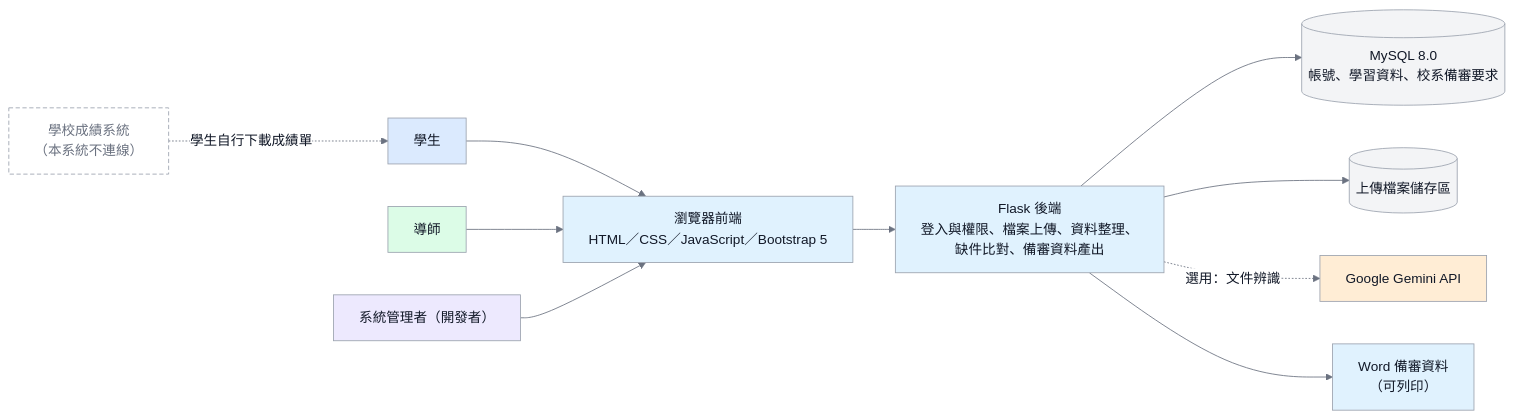
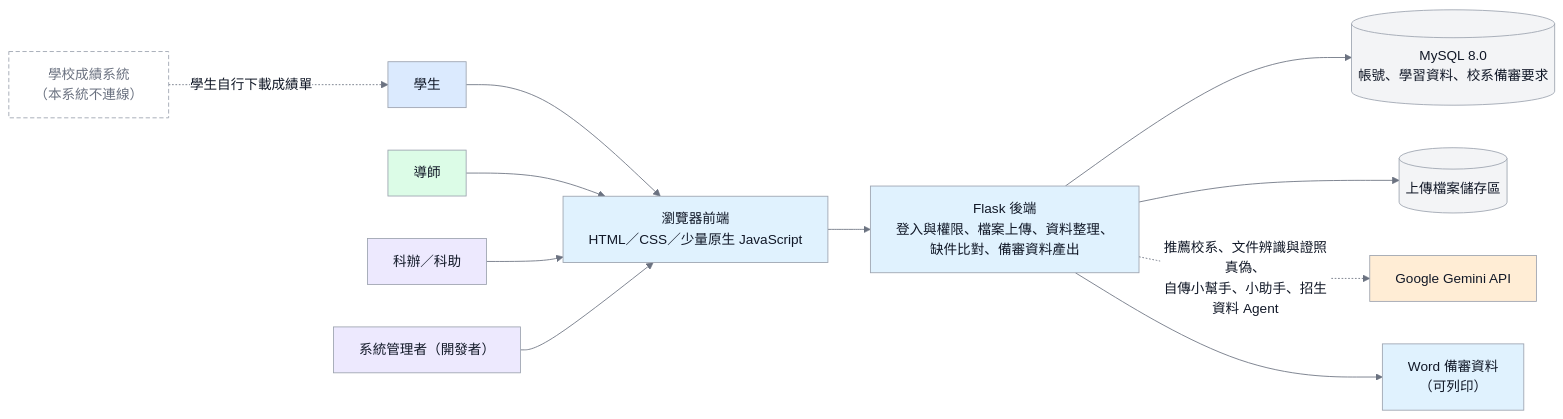
Before and after one commit to vujhdcusa/1028: the diagram in docs/images/D-05-system-architecture.mmd, drawn with Mermaid. The commit also changed 41 other files, not shown here.

First line of the commit message:
docs: update diagrams and spec for department office records and AI feedback

```diff
--- a/docs/images/D-05-system-architecture.mmd
+++ b/docs/images/D-05-system-architecture.mmd
@@ -1,26 +1,28 @@
 %%{init: {'theme':'base','themeVariables': {'fontFamily':'Microsoft JhengHei, Noto Sans TC, Arial, sans-serif','primaryColor':'#F3F4F6','primaryTextColor':'#111827','primaryBorderColor':'#9CA3AF','lineColor':'#6B7280','edgeLabelBackground':'#FFFFFF'},'flowchart':{'wrappingWidth':400}}}%%
 flowchart LR
     classDef student fill:#DBEAFE,stroke:#9CA3AF,color:#111827,stroke-width:1px;
     classDef teacher fill:#DCFCE7,stroke:#9CA3AF,color:#111827,stroke-width:1px;
     classDef admin fill:#EDE9FE,stroke:#9CA3AF,color:#111827,stroke-width:1px;
     classDef backend fill:#E0F2FE,stroke:#9CA3AF,color:#111827,stroke-width:1px;
     classDef db fill:#F3F4F6,stroke:#9CA3AF,color:#111827,stroke-width:1px;
     classDef ai fill:#FFEDD5,stroke:#9CA3AF,color:#111827,stroke-width:1px;
     classDef external fill:#FFFFFF,stroke:#9CA3AF,color:#6B7280,stroke-width:1px,stroke-dasharray:5 3;
 
     School[學校成績系統<br/>（本系統不連線）]:::external
     Student[學生]:::student
     Teacher[導師]:::teacher
+    Staff[科辦／科助]:::admin
     Admin[系統管理者（開發者）]:::admin
 
     School -. 學生自行下載成績單 .-> Student
     Student --> UI
     Teacher --> UI
+    Staff --> UI
     Admin --> UI
 
-    UI[瀏覽器前端<br/>HTML／CSS／JavaScript／Bootstrap 5]:::backend
+    UI[瀏覽器前端<br/>HTML／CSS／少量原生 JavaScript]:::backend
     UI --> App[Flask 後端<br/>登入與權限、檔案上傳、資料整理、<br/>缺件比對、備審資料產出]:::backend
     App --> DB[(MySQL 8.0<br/>帳號、學習資料、校系備審要求)]:::db
     App --> Files[(上傳檔案儲存區)]:::db
-    App -. 選用：文件辨識 .-> Gemini[Google Gemini API]:::ai
+    App -. 推薦校系、文件辨識與證照真偽、<br/>自傳小幫手、小助手、招生資料 Agent .-> Gemini[Google Gemini API]:::ai
     App --> Doc[Word 備審資料<br/>（可列印）]:::backend
```
